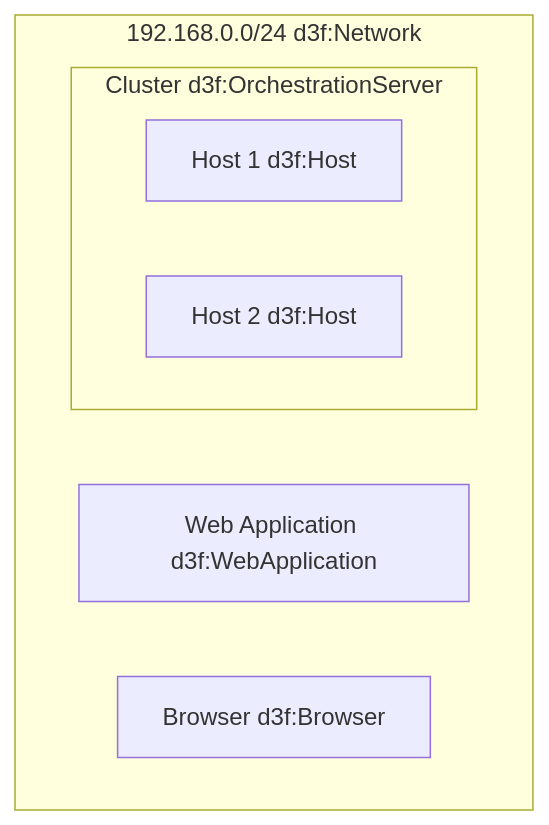
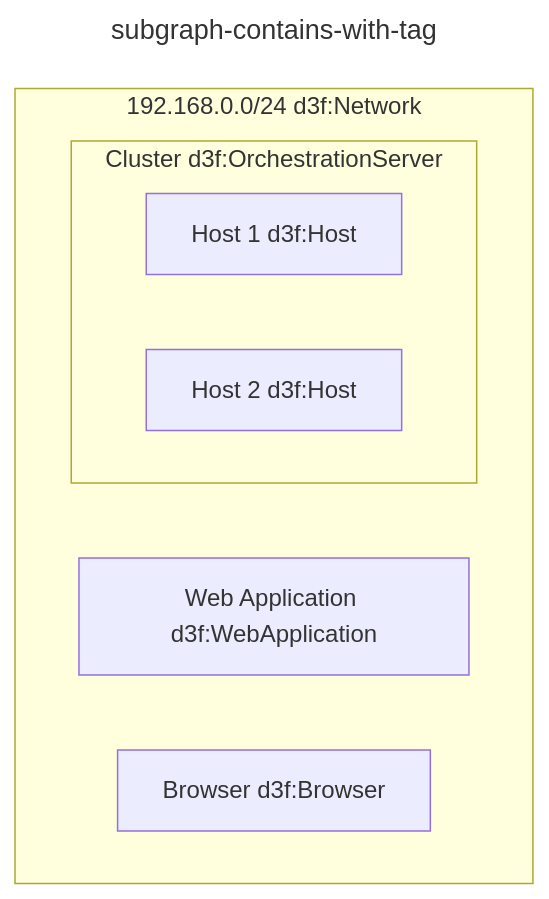
One commit to ioggstream/d3sign changed the fourth of 15 diagrams in app/src/data/examples/testcases.md. Above: the diagram before and after it, drawn with Mermaid. The commit also changed other lines of this file and 8 other files, not shown here.

Commit message:
Fix: #6. Diagram titles.

````diff
--- a/app/src/data/examples/testcases.md
+++ b/app/src/data/examples/testcases.md
@@ -113,16 +120,19 @@
 ```mermaid
+---
+title: subgraph-contains-with-tag
+---
 graph
 
 subgraph net [192.168.0.0/24 d3f:Network]
   webapp[Web Application d3f:WebApplication]
   browser[Browser d3f:Browser]
   %% Cluster is currently untagged, but
   %%   it will be added later, so it is not ignored.
   cluster
 end
 
 subgraph cluster [Cluster d3f:OrchestrationServer]
   host-1[Host 1 d3f:Host]
   host-2[Host 2 d3f:Host]
 end
 ```
````
